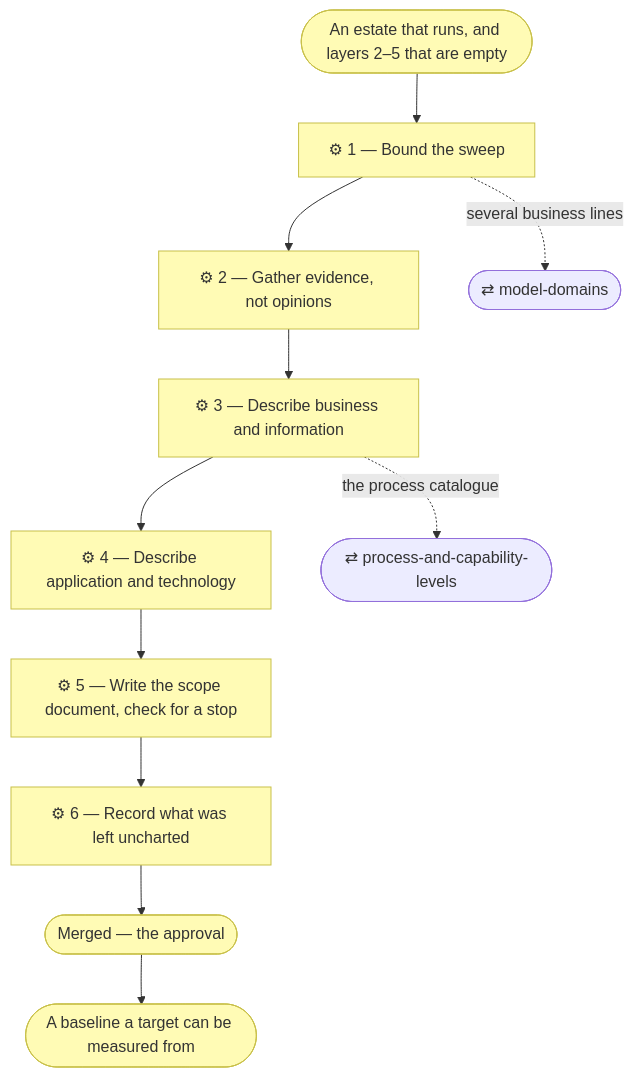
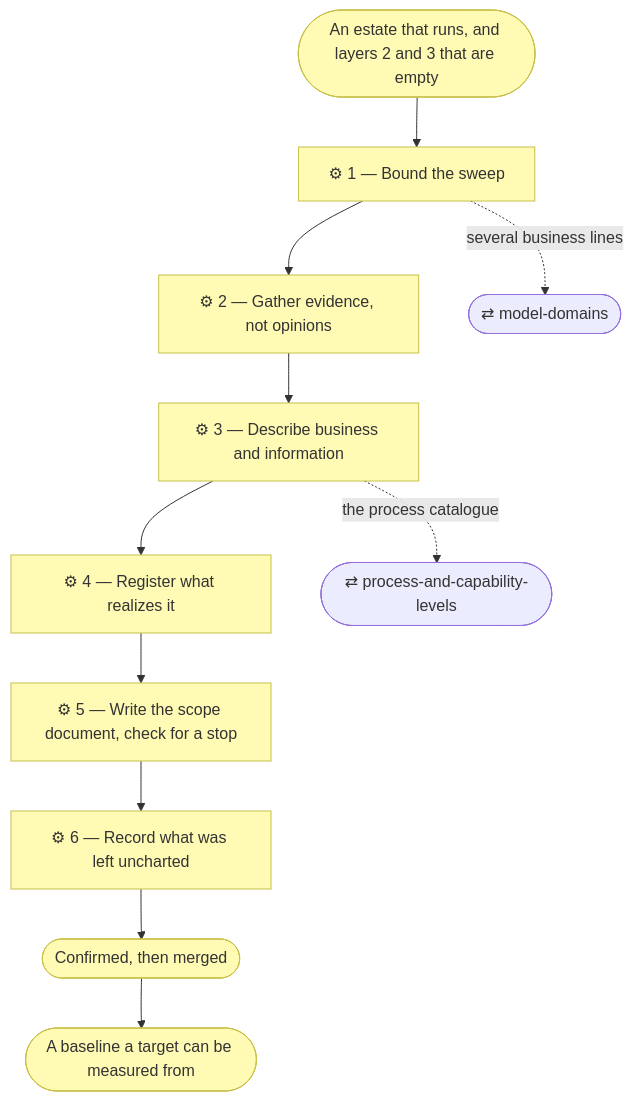
Before and after one commit to roanboc/archreator: the diagram in plugins/archreator/skills/discover-current-landscape/SKILL.md, drawn with Mermaid. The commit also changed other lines of this file and 47 other files, not shown here.

````diff
--- a/plugins/archreator/skills/discover-current-landscape/SKILL.md
+++ b/plugins/archreator/skills/discover-current-landscape/SKILL.md
@@ -45,21 +46,21 @@
 ```mermaid
 flowchart TD
-  trig(["An estate that runs, and layers 2–5 that are empty"])
+  trig(["An estate that runs, and layers 2 and 3 that are empty"])
   s1["⚙ 1 — Bound the sweep"]
   s2["⚙ 2 — Gather evidence, not opinions"]
   s3["⚙ 3 — Describe business and information"]
-  s4["⚙ 4 — Describe application and technology"]
+  s4["⚙ 4 — Register what realizes it"]
   s5["⚙ 5 — Write the scope document, check for a stop"]
   s6["⚙ 6 — Record what was left uncharted"]
   pcl(["⇄ process-and-capability-levels"])
   dom(["⇄ model-domains"])
-  merged(["Merged — the approval"])
+  merged(["Confirmed, then merged"])
   out(["A baseline a target can be measured from"])
 
   trig --> s1 --> s2 --> s3 --> s4 --> s5 --> s6 --> merged --> out
   s1 -. several business lines .-> dom
   s3 -. the process catalogue .-> pcl
 
   classDef business fill:#fffbb5,stroke:#c8c04a,color:#333
   class s1,s2,s3,s4,s5,s6,trig,out,merged business
 ```
````
